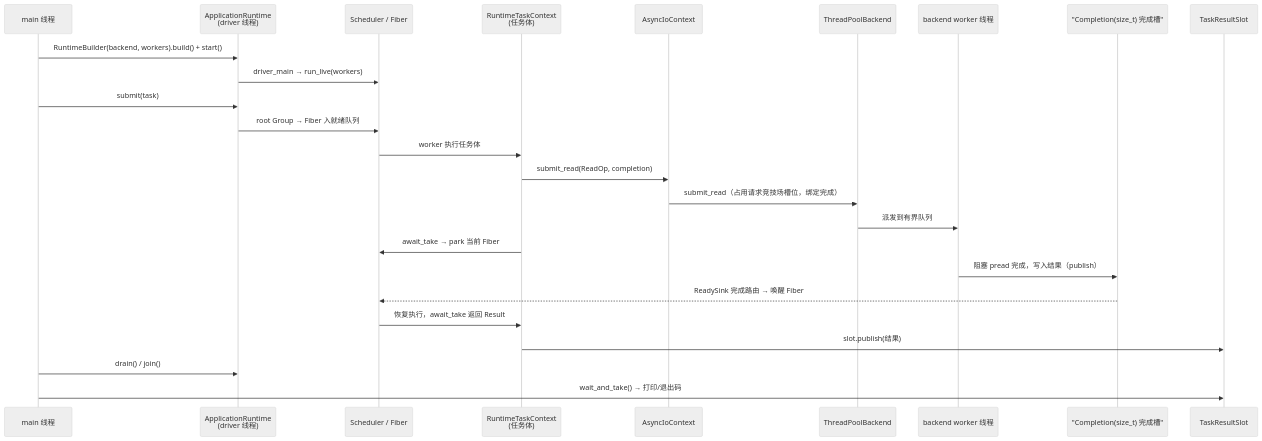
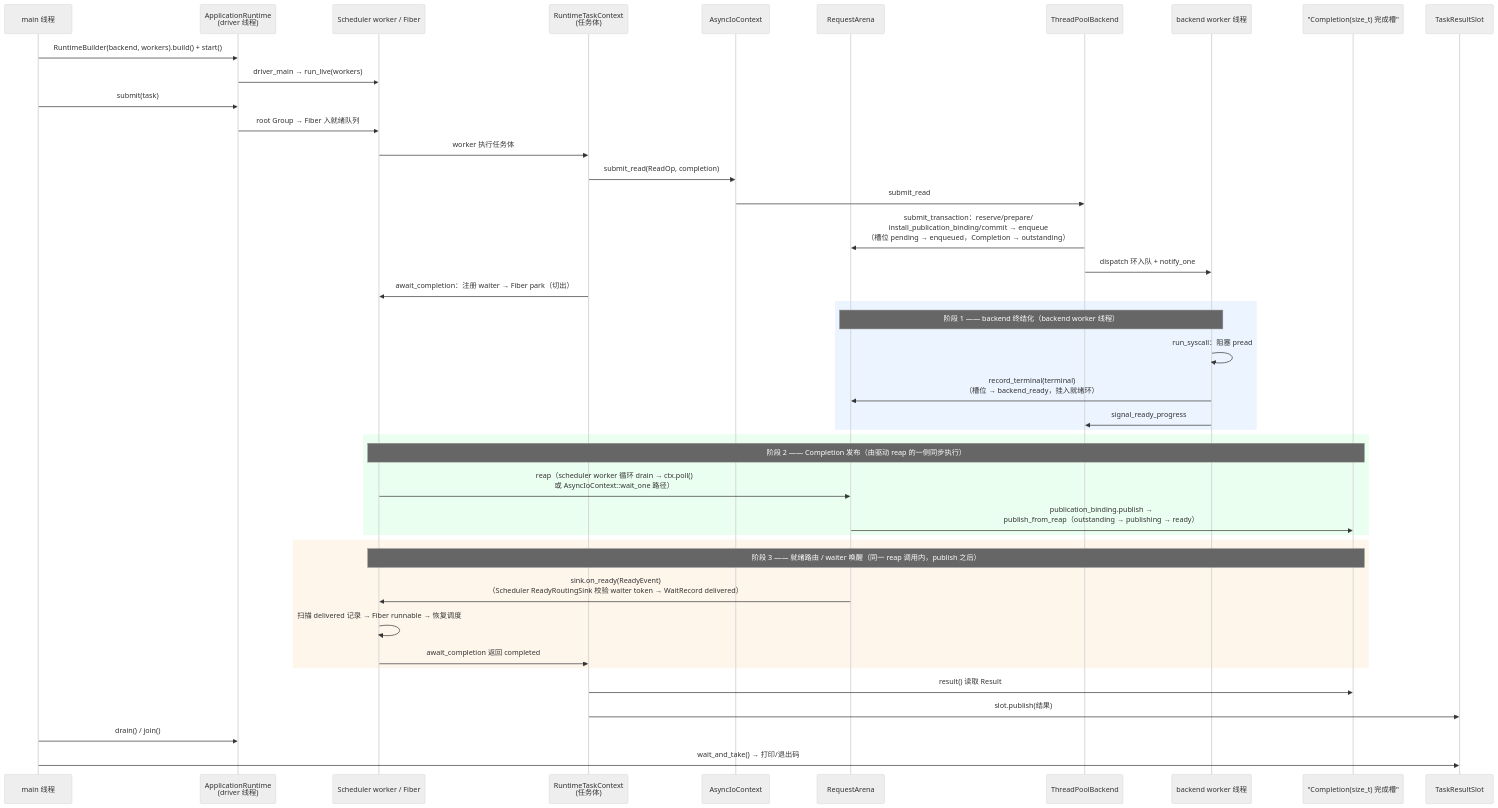
Before and after one commit to jnhu76/Sluice: the second of 2 diagrams in docs/architecture.md, drawn with Mermaid (neutral theme). The commit also changed other lines of this file, not shown here.

Commit message:
docs: correct reconstructed architecture facts

````diff
--- a/docs/architecture.md
+++ b/docs/architecture.md
@@ -180,28 +180,49 @@
 ```mermaid
 sequenceDiagram
     participant M as main 线程
     participant RT as ApplicationRuntime<br/>(driver 线程)
-    participant S as Scheduler / Fiber
+    participant S as Scheduler worker / Fiber
     participant C as RuntimeTaskContext<br/>(任务体)
     participant A as AsyncIoContext
+    participant RA as RequestArena
     participant B as ThreadPoolBackend
     participant W as backend worker 线程
     participant CP as "Completion(size_t) 完成槽"
     participant TR as TaskResultSlot
 
     M->>RT: RuntimeBuilder(backend, workers).build() + start()
     RT->>S: driver_main → run_live(workers)
     M->>RT: submit(task)
     RT->>S: root Group → Fiber 入就绪队列
     S->>C: worker 执行任务体
     C->>A: submit_read(ReadOp, completion)
-    A->>B: submit_read（占用请求竞技场槽位，绑定完成）
-    B->>W: 派发到有界队列
-    C->>S: await_take → park 当前 Fiber
-    W->>CP: 阻塞 pread 完成，写入结果（publish）
-    CP-->>S: ReadySink 完成路由 → 唤醒 Fiber
-    S->>C: 恢复执行，await_take 返回 Result
+    A->>B: submit_read
+    B->>RA: submit_transaction：reserve/prepare/<br/>install_publication_binding/commit → enqueue<br/>（槽位 pending → enqueued，Completion → outstanding）
+    B->>W: dispatch 环入队 + notify_one
+    C->>S: await_completion：注册 waiter → Fiber park（切出）
+
+    rect rgb(235, 244, 255)
+    Note over W,RA: 阶段 1 —— backend 终结化（backend worker 线程）
+    W->>W: run_syscall：阻塞 pread
+    W->>RA: record_terminal(terminal)<br/>（槽位 → backend_ready，挂入就绪环）
+    W->>B: signal_ready_progress
+    end
+
+    rect rgb(235, 255, 240)
+    Note over S,CP: 阶段 2 —— Completion 发布（由驱动 reap 的一侧同步执行）
+    S->>RA: reap（scheduler worker 循环 drain → ctx.poll()<br/>或 AsyncIoContext::wait_one 路径）
+    RA->>CP: publication_binding.publish →<br/>publish_from_reap（outstanding → publishing → ready）
+    end
+
+    rect rgb(255, 246, 235)
+    Note over S,CP: 阶段 3 —— 就绪路由 / waiter 唤醒（同一 reap 调用内，publish 之后）
+    RA->>S: sink.on_ready(ReadyEvent)<br/>（Scheduler ReadyRoutingSink 校验 waiter token → WaitRecord delivered）
+    S->>S: 扫描 delivered 记录 → Fiber runnable → 恢复调度
+    S->>C: await_completion 返回 completed
+    end
+
+    C->>CP: result() 读取 Result
     C->>TR: slot.publish(结果)
     M->>RT: drain() / join()
     M->>TR: wait_and_take() → 打印/退出码
 ```
````
